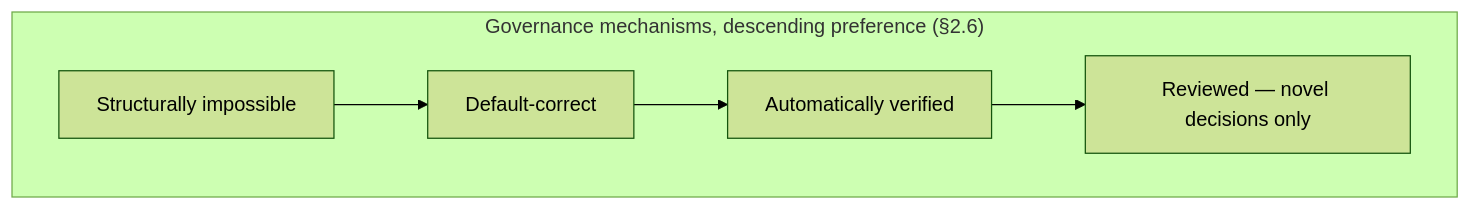
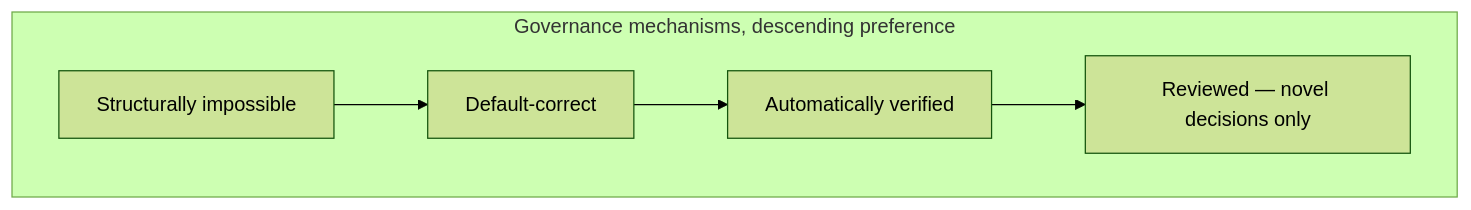
One commit to umashankarp/InterviewQuestions changed the third of 4 diagrams in 17-Microservices/08-Capstone-Microservices-Platform-Engineering-At-Scale.md. Above: the diagram before and after it, drawn with Mermaid (forest theme). The commit also changed other lines of this file and 173 other files, not shown here.

````diff
--- a/17-Microservices/08-Capstone-Microservices-Platform-Engineering-At-Scale.md
+++ b/17-Microservices/08-Capstone-Microservices-Platform-Engineering-At-Scale.md
@@ -104,8 +104,8 @@
 ```mermaid
 graph TB
-    subgraph "Governance mechanisms, descending preference (§2.6)"
-        A[Structurally impossible] --> B[Default-correct]
-        B --> C[Automatically verified]
-        C --> D[Reviewed — novel decisions only]
-    end
+ subgraph "Governance mechanisms, descending preference"
+ A[Structurally impossible] --> B[Default-correct]
+ B --> C[Automatically verified]
+ C --> D[Reviewed — novel decisions only]
+ end
 ```
````
